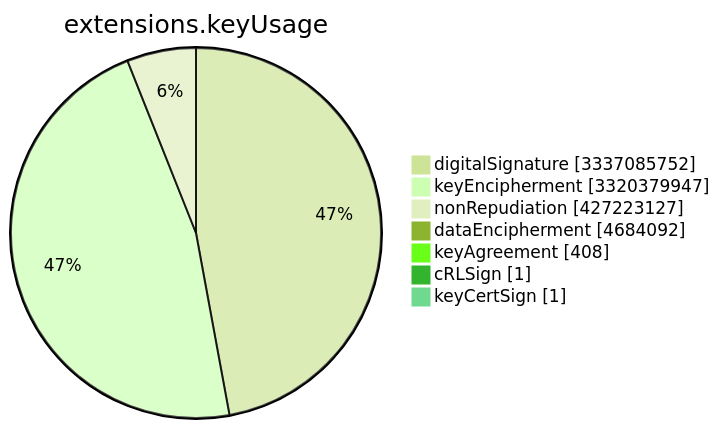
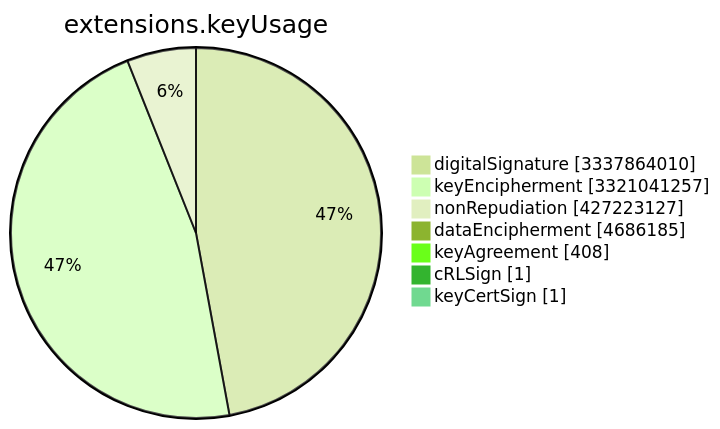
Before and after one commit to christiankrug/ctmonitor_visualization: the sixth of 15 diagrams in TOTAL/README.md, drawn with Mermaid (forest theme). The commit also changed other lines of this file, not shown here.

````diff
--- a/TOTAL/README.md
+++ b/TOTAL/README.md
@@ -3078,11 +3078,11 @@
 ```mermaid
 pie showData
 title extensions.keyUsage
-"digitalSignature" :3337085752
-"keyEncipherment" :3320379947
+"digitalSignature" :3337864010
+"keyEncipherment" :3321041257
 "nonRepudiation" :427223127
-"dataEncipherment" :4684092
+"dataEncipherment" :4686185
 "keyAgreement" :408
 "cRLSign" :1
 "keyCertSign" :1
 ```
````
